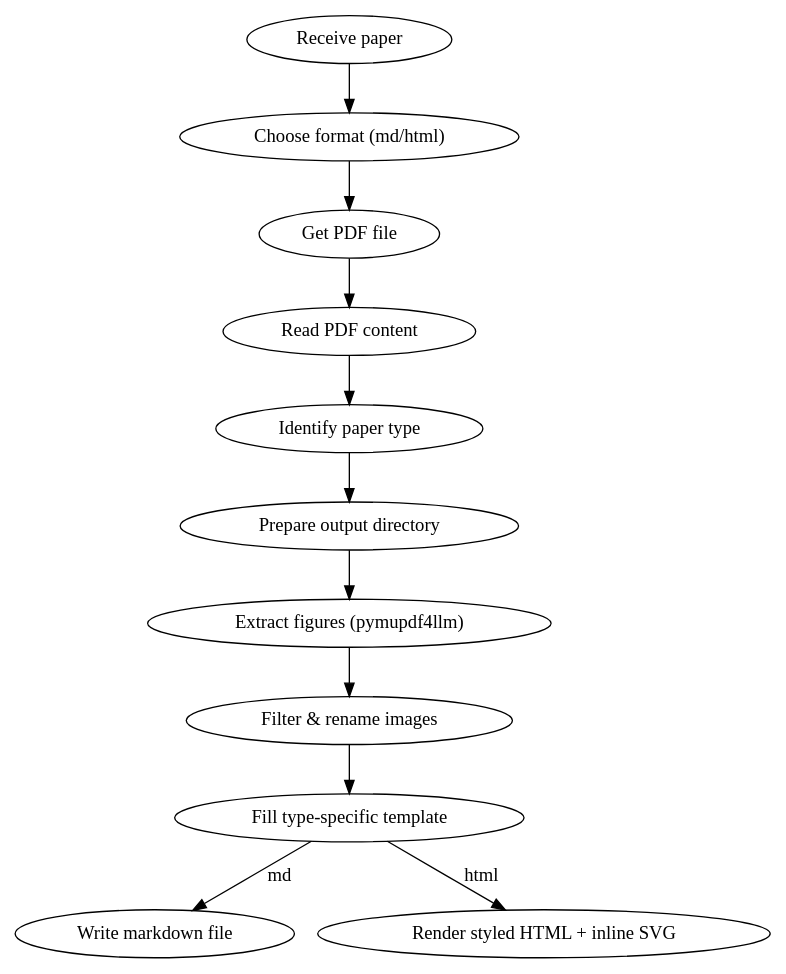
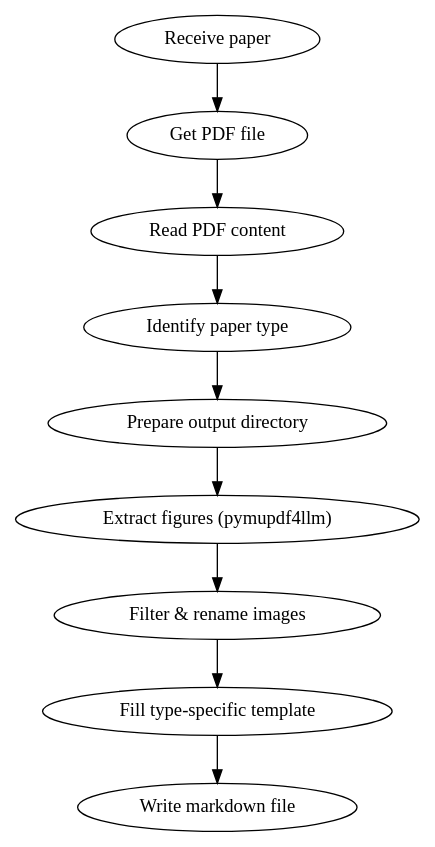
Before and after one commit to Yastruhank/awesome-claude-code-config: the diagram in skills/paper-reading/SKILL.md, drawn with Graphviz. The commit also changed other lines of this file and 3 other files, not shown here.

````diff
--- a/skills/paper-reading/SKILL.md
+++ b/skills/paper-reading/SKILL.md
@@ -23,15 +23,13 @@
 ```dot
 digraph paper_reading {
     rankdir=TB;
-    "Receive paper" -> "Choose format (md/html)";
-    "Choose format (md/html)" -> "Get PDF file";
+    "Receive paper" -> "Get PDF file";
     "Get PDF file" -> "Read PDF content";
     "Read PDF content" -> "Identify paper type";
     "Identify paper type" -> "Prepare output directory";
     "Prepare output directory" -> "Extract figures (pymupdf4llm)";
     "Extract figures (pymupdf4llm)" -> "Filter & rename images";
     "Filter & rename images" -> "Fill type-specific template";
-    "Fill type-specific template" -> "Write markdown file" [label="md"];
-    "Fill type-specific template" -> "Render styled HTML + inline SVG" [label="html"];
+    "Fill type-specific template" -> "Write markdown file";
 }
 ```
````
